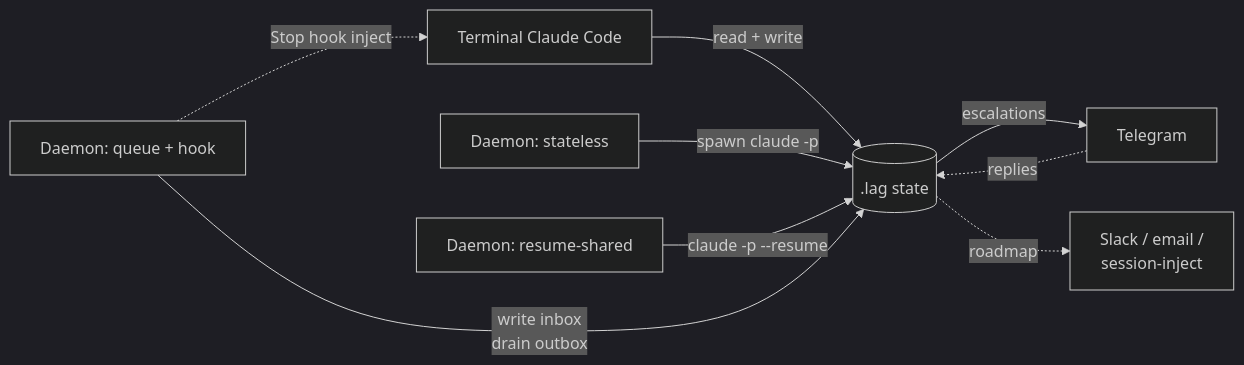
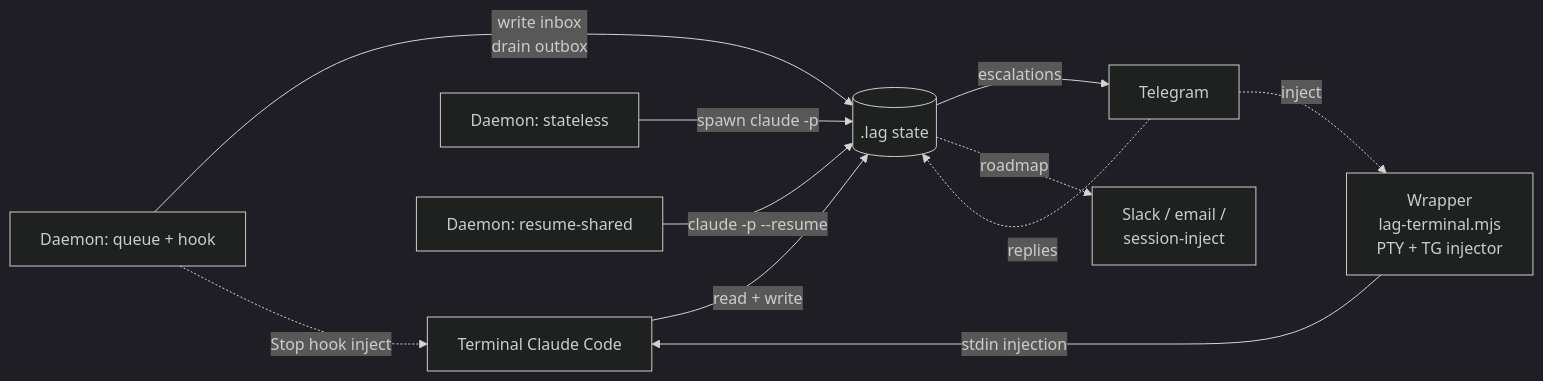
The second of 2 diagrams in README.md (stephengardner/layered-memory-governance), drawn with Mermaid (dark theme) before and after one commit. The commit also changed other lines of this file and 1 other file, not shown here.

Commit message:
docs: refresh README runtime mermaid + DECISIONS D14 / D15
README:
- Add the wrapper (Phase 51a) to the 'How LAG is driven' mermaid
  and runtime-surfaces list. Now documents all five runtime modes:
  terminal, wrapper, stateless daemon, resume-shared daemon,
  queue+hook daemon. Reflects what actually ships.

DECISIONS.md:
- D14: HIL causality architecture (50a/50b/50b-live layered).
  Explains why signals + primitive + wiring ship together and
  why 50c (LLM disambiguator) was deferred.
- D15: terminal wrapper as the preferred real-time surface.
  Records the trade-off against OS-level stdin injection, with
  Agent SDK service (Phase 44) noted as the complementary
  long-term path (blocked on zod v4 migration).

Session docs now reflect all shipped phases through 51a. Stale
entries cleared; meticulous record of decisions for future agents
(and future operators) reviewing the repo.

````diff
--- a/README.md
+++ b/README.md
@@ -61,11 +61,13 @@
 ```mermaid
 flowchart LR
   TERM[Terminal Claude Code] -->|read + write| LAG[(.lag state)]
+  WRAP[Wrapper<br/>lag-terminal.mjs<br/>PTY + TG injector] -->|stdin injection| TERM
   D1[Daemon: stateless] -->|spawn claude -p| LAG
   D2[Daemon: resume-shared] -->|claude -p --resume| LAG
   D3[Daemon: queue + hook] -->|write inbox<br/>drain outbox| LAG
   LAG -->|escalations| TG[Telegram]
   TG -.replies.-> LAG
+  TG -.inject.-> WRAP
   D3 -.Stop hook inject.-> TERM
   LAG -.roadmap.-> FUT[Slack / email /<br/>session-inject]
 ```
````
